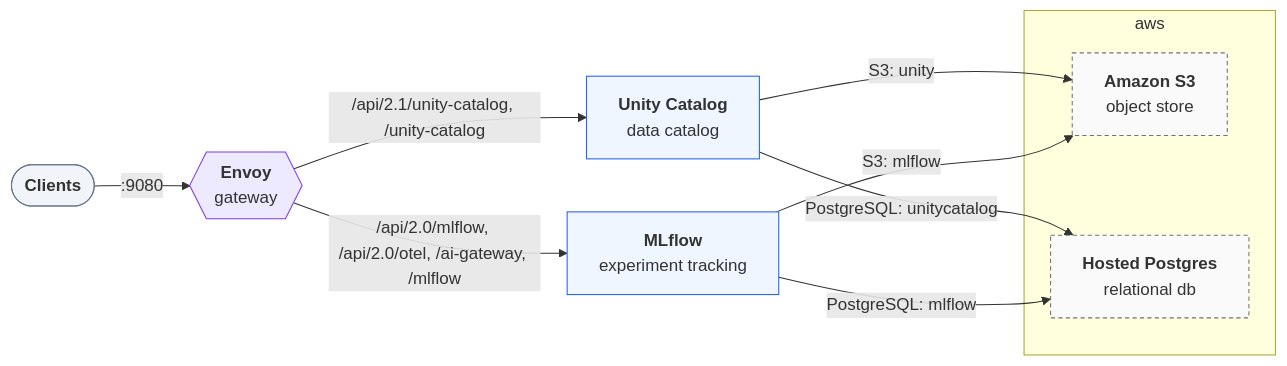
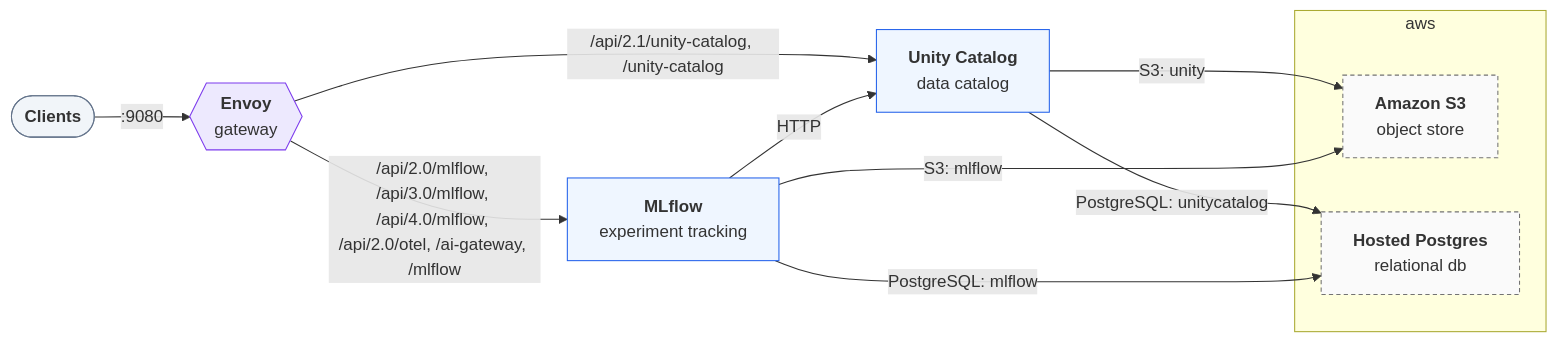
Before and after one commit to ion-elgreco/trestle: the diagram in test/expected/hybrid/README.md, drawn with Mermaid. The commit also changed 47 other files, not shown here.

````diff
--- a/test/expected/hybrid/README.md
+++ b/test/expected/hybrid/README.md
@@ -9,22 +9,23 @@
 ```mermaid
 flowchart LR
     n0(["<b>Clients</b>"]):::clients
     n2{{"<b>Envoy</b><br/>gateway"}}:::gateway
     n4["<b>Unity Catalog</b><br/>data catalog"]:::component
     n5["<b>MLflow</b><br/>experiment tracking"]:::component
     subgraph cloud0["aws"]
         n1["<b>Amazon S3</b><br/>object store"]:::external
         n3["<b>Hosted Postgres</b><br/>relational db"]:::external
     end
     n0 -->|":9080"| n2
     n2 -->|"/api/2.1/unity-catalog, /unity-catalog"| n4
-    n2 -->|"/api/2.0/mlflow, /api/2.0/otel, /ai-gateway, /mlflow"| n5
+    n2 -->|"/api/2.0/mlflow, /api/3.0/mlflow, /api/4.0/mlflow, /api/2.0/otel, /ai-gateway, /mlflow"| n5
     n4 -->|"PostgreSQL: unitycatalog"| n3
     n4 -->|"S3: unity"| n1
     n5 -->|"PostgreSQL: mlflow"| n3
     n5 -->|"S3: mlflow"| n1
+    n5 -->|"HTTP"| n4
     classDef clients fill:#f1f5f9,stroke:#64748b
     classDef gateway fill:#ede9fe,stroke:#7c3aed
     classDef component fill:#eff6ff,stroke:#2563eb
     classDef external fill:#fafafa,stroke:#737373,stroke-dasharray: 4 3
 ```
````
